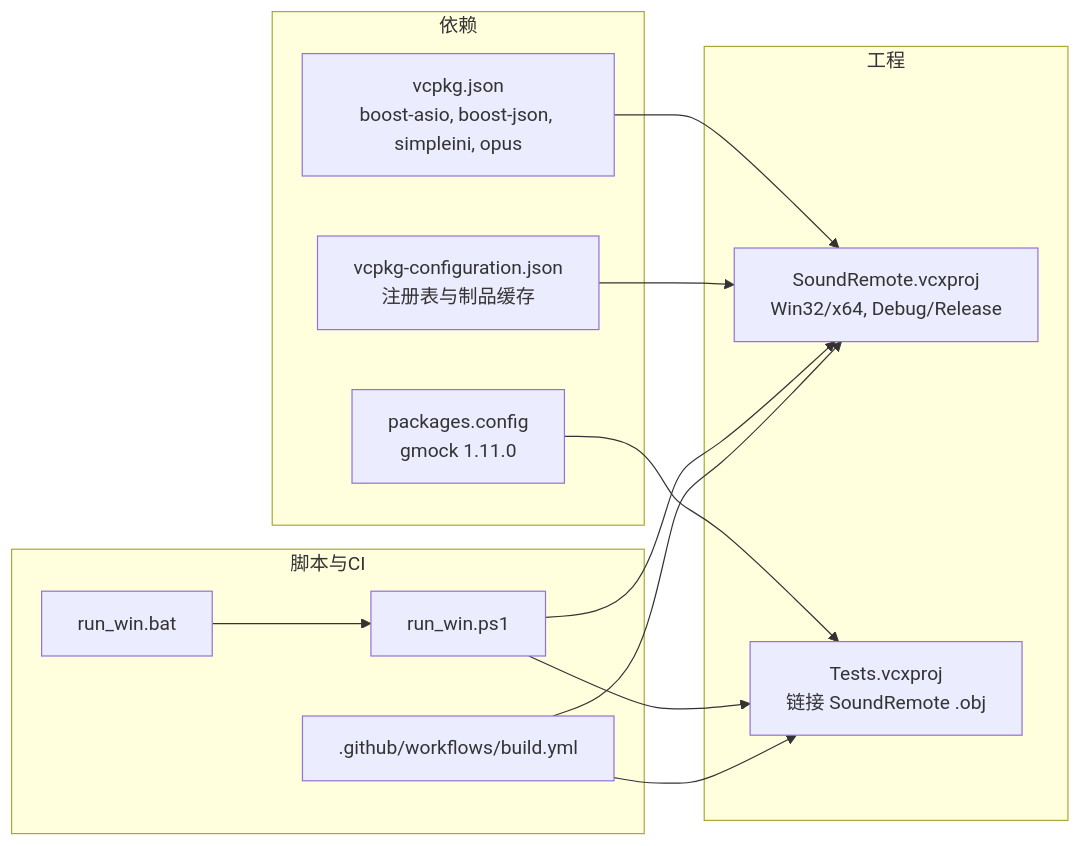
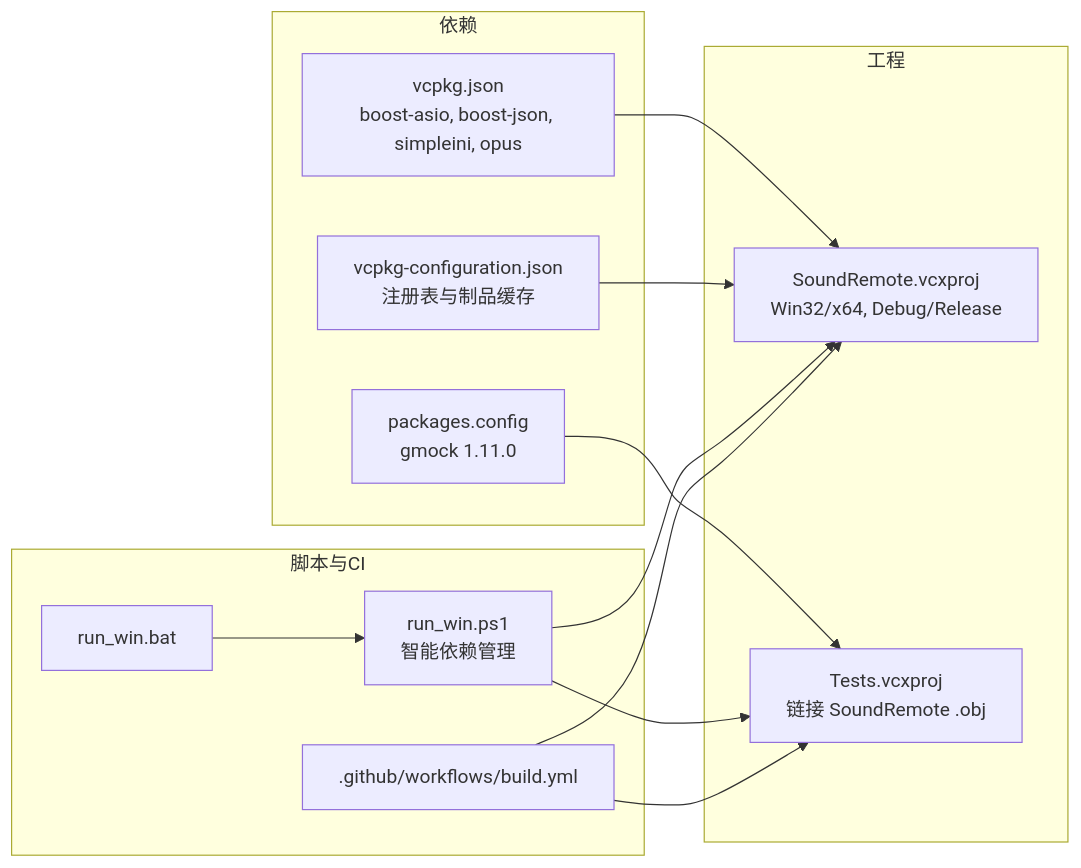
Before and after one commit to tea4go/SoundRemote-WinServer: the third of 4 diagrams in .qoder/repowiki/zh/content/构建与部署.md, drawn with Mermaid. The commit also changed other lines of this file and 19 other files, not shown here.

````diff
--- a/.qoder/repowiki/zh/content/构建与部署.md
+++ b/.qoder/repowiki/zh/content/构建与部署.md
@@ -247,25 +268,25 @@
 ```mermaid
 graph LR
 subgraph "依赖"
 VCPKG["vcpkg.json<br/>boost-asio, boost-json, simpleini, opus"]
 CFG["vcpkg-configuration.json<br/>注册表与制品缓存"]
 NUGET["packages.config<br/>gmock 1.11.0"]
 end
 subgraph "工程"
 SR["SoundRemote.vcxproj<br/>Win32/x64, Debug/Release"]
 TESTS["Tests.vcxproj<br/>链接 SoundRemote .obj"]
 end
 subgraph "脚本与CI"
-PS["run_win.ps1"]
+PS["run_win.ps1<br/>智能依赖管理"]
 BAT["run_win.bat"]
 CI[".github/workflows/build.yml"]
 end
 VCPKG --> SR
 CFG --> SR
 NUGET --> TESTS
 PS --> SR
 PS --> TESTS
 BAT --> PS
 CI --> SR
 CI --> TESTS
 ```
````
